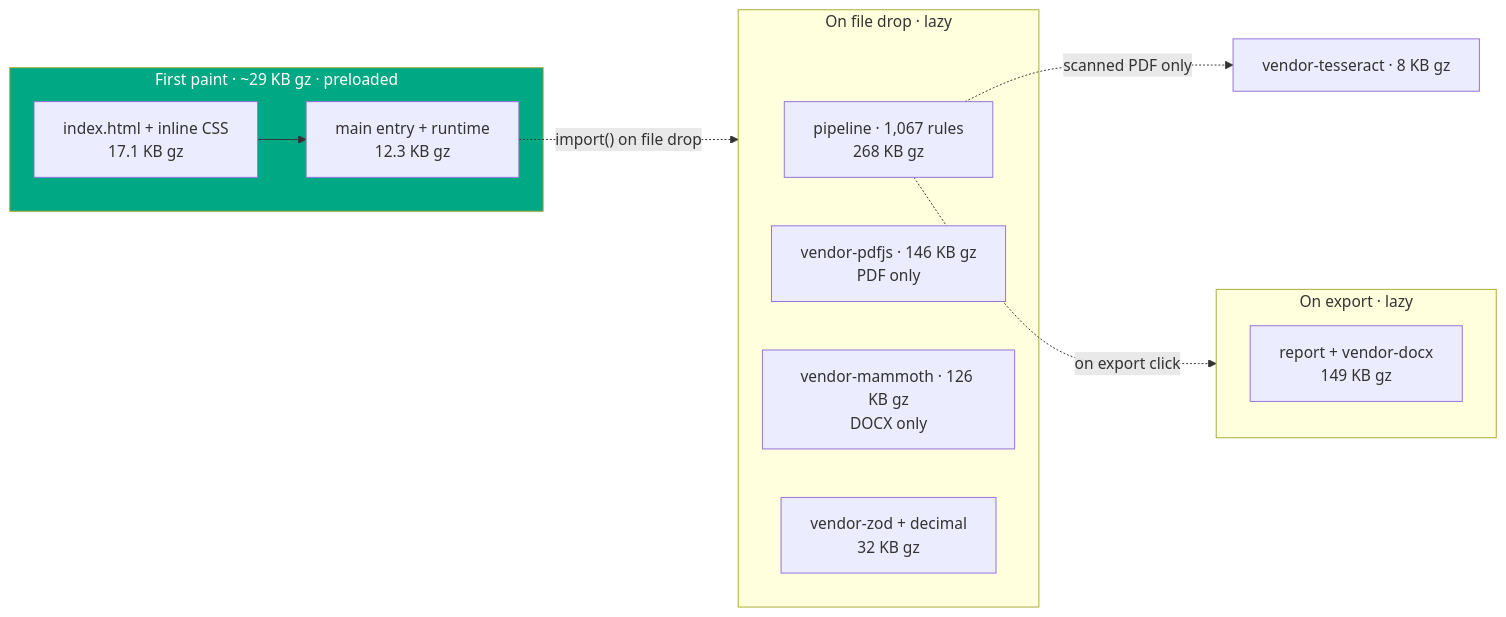
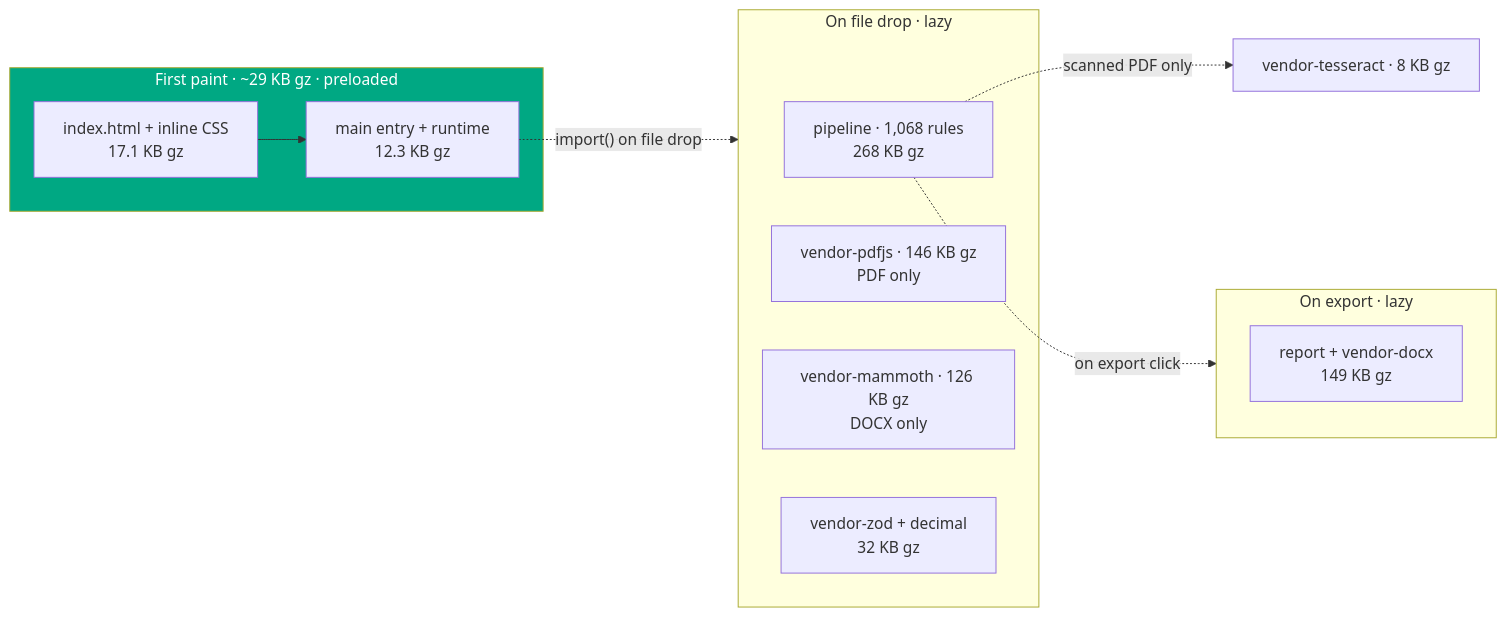
Before and after one commit to clay-good/vaulytica: the tenth of 11 diagrams in README.md, drawn with Mermaid. The commit also changed other lines of this file and 363 other files, not shown here.

````diff
--- a/README.md
+++ b/README.md
@@ -1266,19 +1266,19 @@
 ```mermaid
 flowchart LR
   subgraph FP["First paint · ~29 KB gz · preloaded"]
     H[index.html + inline CSS<br/>17.1 KB gz] --> M[main entry + runtime<br/>12.3 KB gz]
   end
   M -. "import() on file drop" .-> DROP
   subgraph DROP["On file drop · lazy"]
-    P[pipeline · 1,067 rules<br/>268 KB gz]
+    P[pipeline · 1,068 rules<br/>268 KB gz]
     PDF[vendor-pdfjs · 146 KB gz<br/>PDF only]
     DOCXIN[vendor-mammoth · 126 KB gz<br/>DOCX only]
     Z[vendor-zod + decimal<br/>32 KB gz]
   end
   P -. "on export click" .-> EXP
   subgraph EXP["On export · lazy"]
     RPT[report + vendor-docx<br/>149 KB gz]
   end
   P -. "scanned PDF only" .-> OCR[vendor-tesseract · 8 KB gz]
   style FP fill:#00A883,color:#fff
 ```
````
